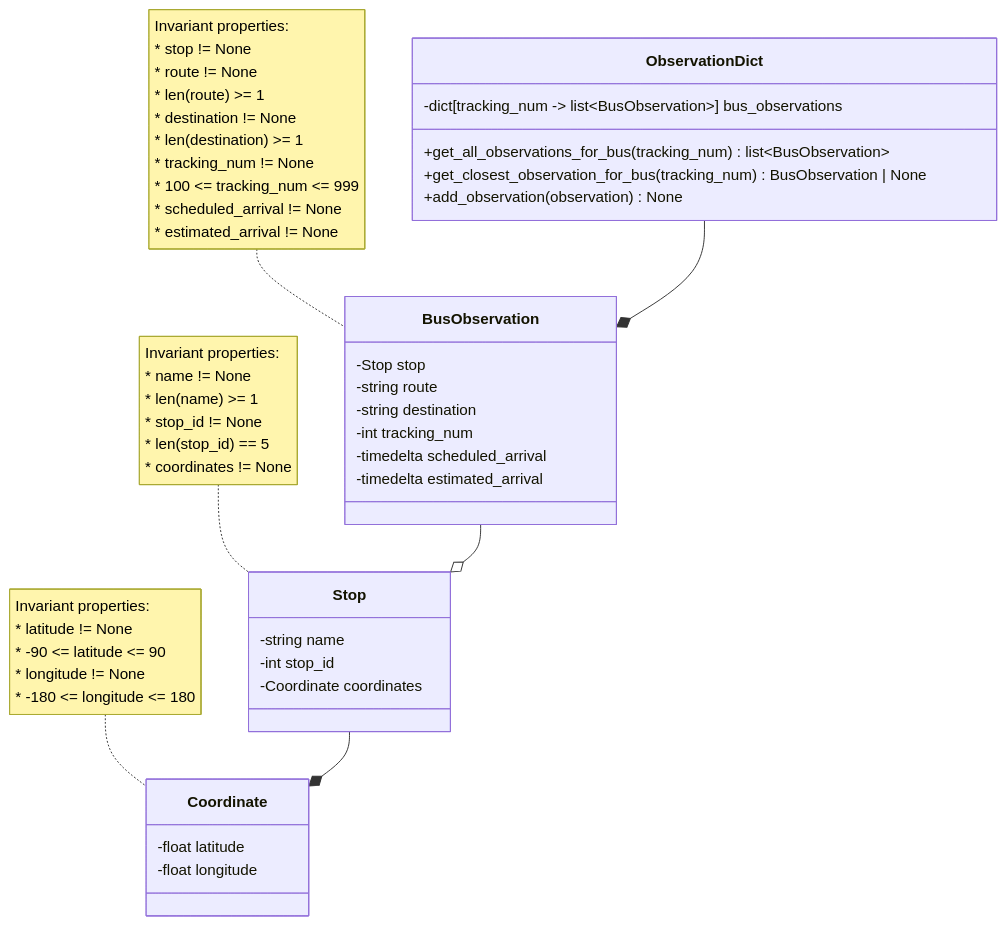
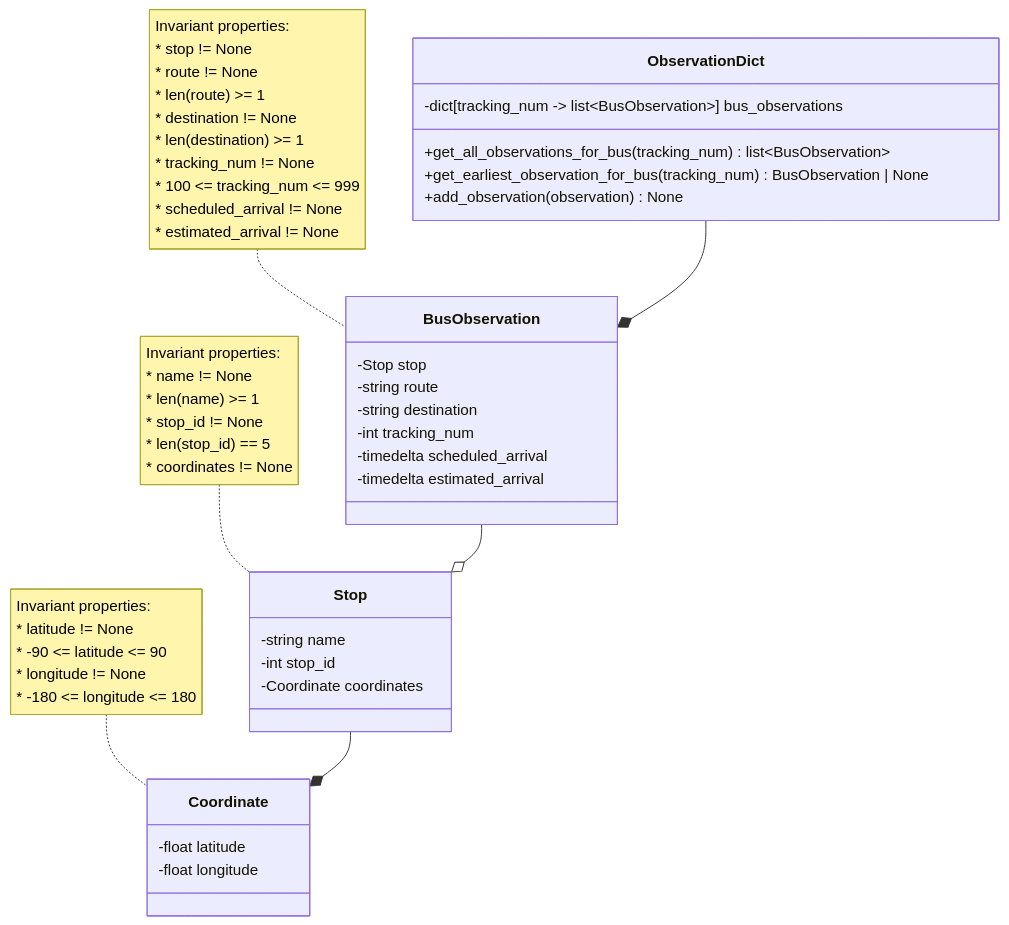
One commit to Michel-Prejet/zeb-tracker changed the diagram in src/utilities/live_tracker_refactor/domain.md. Above: the diagram before and after it, drawn with Mermaid. The commit also changed 30 other files, not shown here.

````diff
--- a/src/utilities/live_tracker_refactor/domain.md
+++ b/src/utilities/live_tracker_refactor/domain.md
@@ -1,64 +1,64 @@
 ```mermaid
 classDiagram
     class ObservationDict {
         %% Observations sorted by estimated arrival time
         -dict[tracking_num -> list~BusObservation~] bus_observations
         
         +get_all_observations_for_bus(tracking_num) list~BusObservation~
-        +get_closest_observation_for_bus(tracking_num) BusObservation | None
+        +get_earliest_observation_for_bus(tracking_num) BusObservation | None
         +add_observation(observation) None
     }
 
     ObservationDict --* BusObservation
     
     class BusObservation {
         -Stop stop
         -string route
         -string destination
         -int tracking_num
         -timedelta scheduled_arrival
         -timedelta estimated_arrival
     }
     
     BusObservation --o Stop
     
     note for BusObservation"Invariant properties:
     * stop != None
     * route != None
     * len(route) >= 1
     * destination != None
     * len(destination) >= 1
     * tracking_num != None
     * 100 <= tracking_num <= 999
     * scheduled_arrival != None
     * estimated_arrival != None
     "
     
     class Stop {
         -string name
         -int stop_id
         -Coordinate coordinates
     }
     
     Stop --* Coordinate
 
     note for Stop"Invariant properties:
     * name != None
     * len(name) >= 1
     * stop_id != None
     * len(stop_id) == 5
     * coordinates != None
     "
     
     class Coordinate {
         -float latitude
         -float longitude
     }
     
     note for Coordinate"Invariant properties:
     * latitude != None
     * -90 <= latitude <= 90
     * longitude != None
     * -180 <= longitude <= 180
     "
 ```
````
